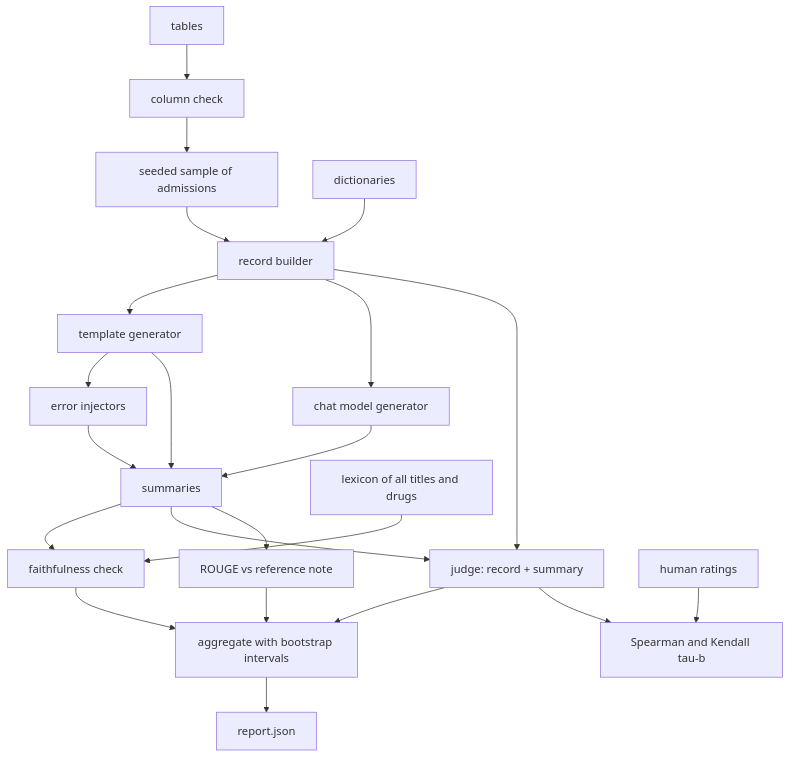
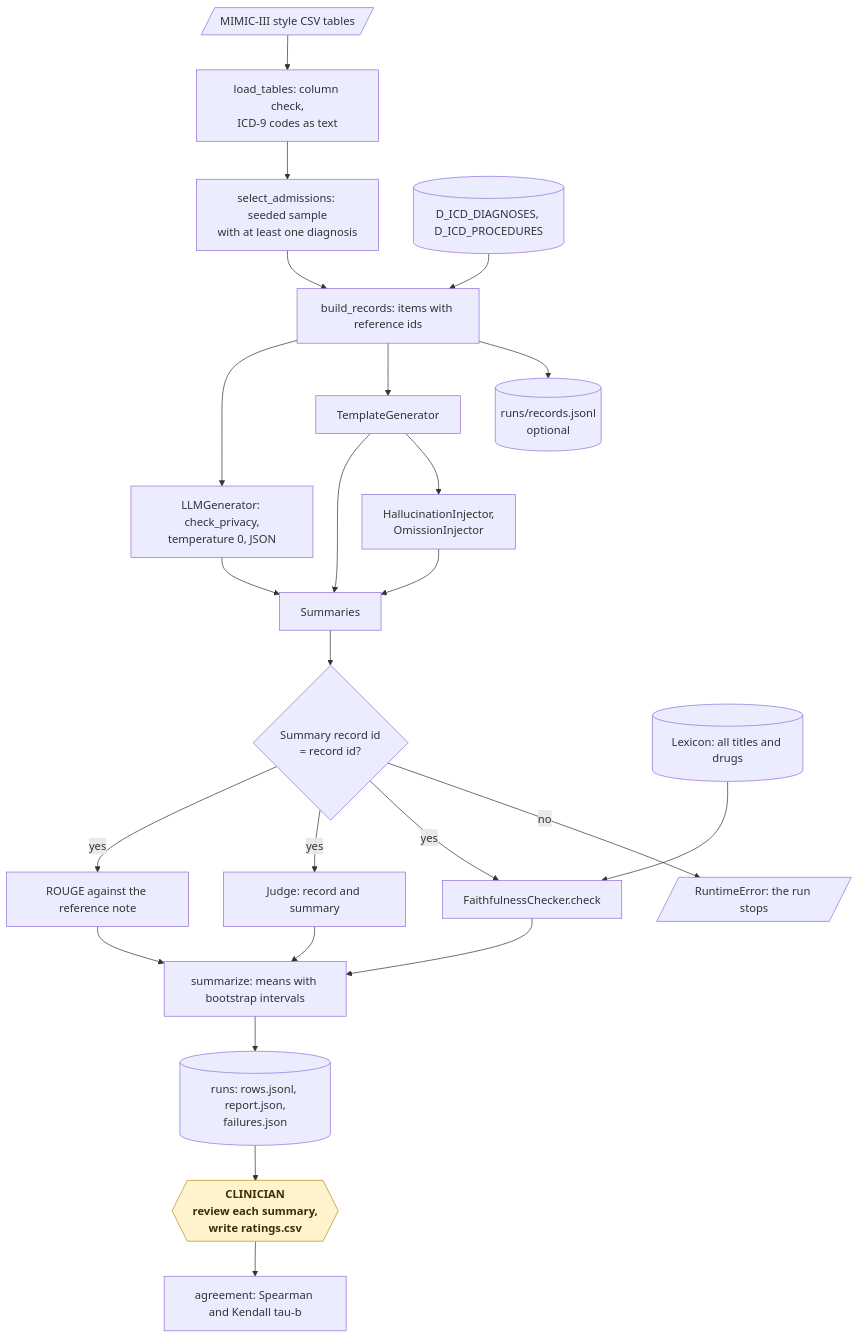
The fifth of 16 diagrams in README.md (KrishnaAnnavaram/ehr2summary), drawn with Mermaid before and after one commit. The commit also changed other lines of this file, not shown here.

Commit message:
Add the workflow diagrams to the README

````diff
--- a/README.md
+++ b/README.md
@@ -198,22 +262,29 @@
 ```mermaid
-flowchart TB
-    T["tables"] --> CHK["column check"] --> SEL["seeded sample of admissions"] --> REC["record builder"]
-    DICT["dictionaries"] --> REC
-    REC --> G1["template generator"]
-    REC --> G2["chat model generator"]
-    G1 --> INJ["error injectors"]
-    G1 --> S["summaries"]
+flowchart TD
+    T[/"MIMIC-III style CSV tables"/] --> CHK["load_tables: column check,<br/>ICD-9 codes as text"]
+    CHK --> SEL["select_admissions: seeded sample<br/>with at least one diagnosis"]
+    SEL --> REC["build_records: items with reference ids"]
+    DICT[("D_ICD_DIAGNOSES, D_ICD_PROCEDURES")] --> REC
+    REC --> RJ[("runs/records.jsonl<br/>optional")]
+    REC --> G1["TemplateGenerator"]
+    REC --> G2["LLMGenerator: check_privacy,<br/>temperature 0, JSON"]
+    G1 --> INJ["HallucinationInjector,<br/>OmissionInjector"]
+    G1 --> S["Summaries"]
     G2 --> S
     INJ --> S
-    S --> F["faithfulness check"]
-    LEX["lexicon of all titles and drugs"] --> F
-    S --> J["judge: record + summary"]
-    REC --> J
-    S --> RG["ROUGE vs reference note"]
-    F --> AGG["aggregate with bootstrap intervals"]
+    S --> ID{"Summary record id<br/>= record id?"}
+    ID -- "no" --> STOP[/"RuntimeError: the run stops"/]
+    ID -- "yes" --> F["FaithfulnessChecker.check"]
+    LEX[("Lexicon: all titles and drugs")] --> F
+    ID -- "yes" --> J["Judge: record and summary"]
+    ID -- "yes" --> RG["ROUGE against the reference note"]
+    F --> AGG["summarize: means with bootstrap intervals"]
     J --> AGG
     RG --> AGG
-    AGG --> REP["report.json"]
-    HR["human ratings"] --> AGR["Spearman and Kendall tau-b"]
-    J --> AGR
+    AGG --> OUT[("runs: rows.jsonl, report.json,<br/>failures.json")]
+    OUT --> HUMAN{{"CLINICIAN<br/>review each summary,<br/>write ratings.csv"}}
+    HUMAN --> AGR["agreement: Spearman and Kendall tau-b"]
+
+    classDef human fill:#fff3cd,stroke:#b8901f,color:#3d2f00,font-weight:bold
+    class HUMAN human
 ```
````
